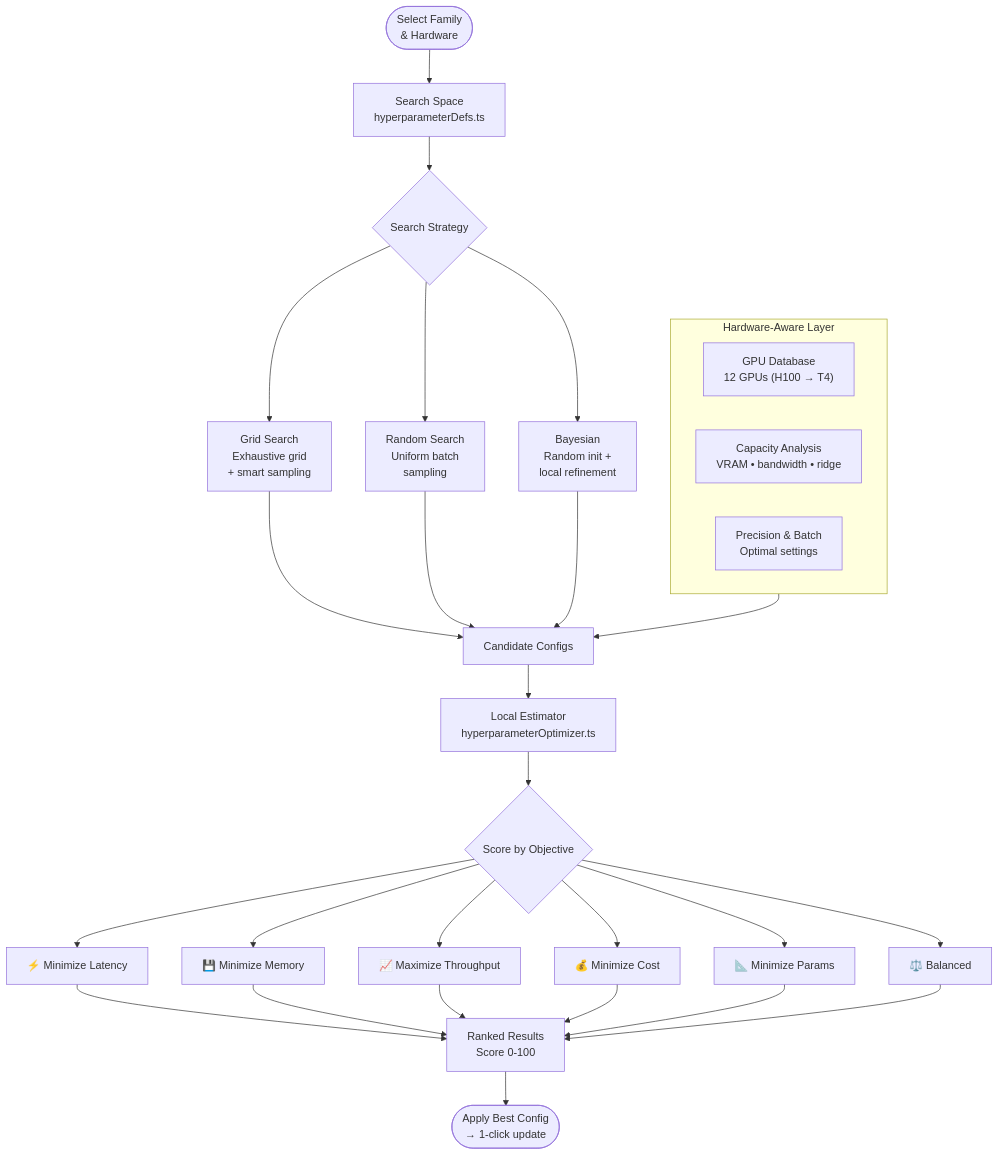
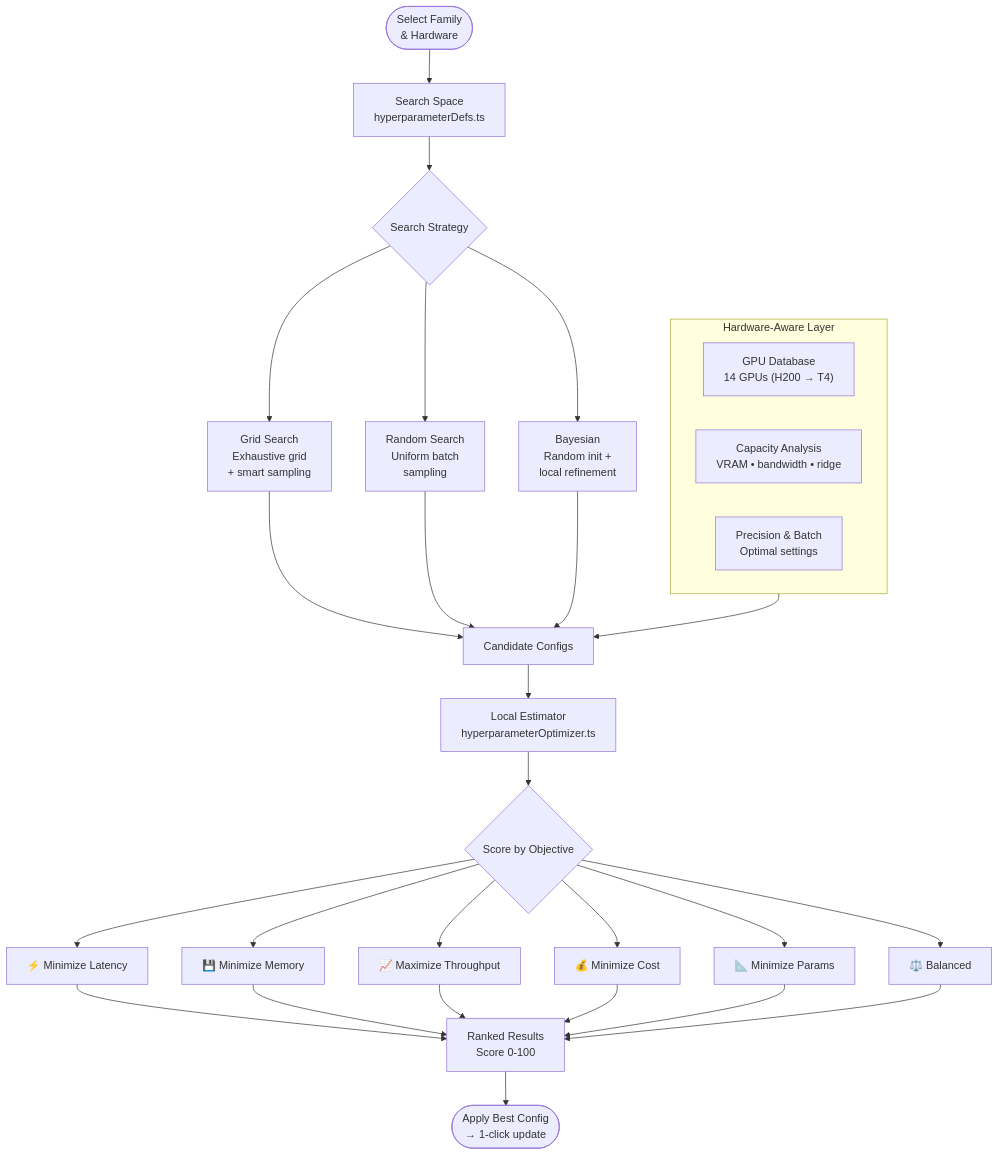
The third of 6 diagrams in README.md (NEURAX-canvas/NEURAX), drawn with Mermaid before and after one commit. The commit also changed other lines of this file, not shown here.

````diff
--- a/README.md
+++ b/README.md
@@ -184,38 +184,38 @@
 ```mermaid
 flowchart TB
     START(["Select Family\n& Hardware"]) --> DEFS["Search Space\nhyperparameterDefs.ts"]
     DEFS --> STRATEGY{"Search Strategy"}
     
     STRATEGY --> GRID["Grid Search\nExhaustive grid\n+ smart sampling"]
     STRATEGY --> RANDOM["Random Search\nUniform batch\nsampling"]
     STRATEGY --> BAYESIAN["Bayesian\nRandom init +\nlocal refinement"]
     
     subgraph HARDWARE["Hardware-Aware Layer"]
-        HWDB2["GPU Database\n12 GPUs (H100 → T4)"]
+        HWDB2["GPU Database\n14 GPUs (H200 → T4)"]
         ANALYZE2["Capacity Analysis\nVRAM • bandwidth • ridge"]
         RECOMMEND2["Precision & Batch\nOptimal settings"]
     end
     
     GRID --> CANDIDATES["Candidate Configs"]
     RANDOM --> CANDIDATES
     BAYESIAN --> CANDIDATES
     HARDWARE --> CANDIDATES
     
     CANDIDATES --> ESTIMATE["Local Estimator\nhyperparameterOptimizer.ts"]
     ESTIMATE --> SCORE{"Score by Objective"}
     SCORE --> LATENCY["⚡ Minimize Latency"]
     SCORE --> MEMORY2["💾 Minimize Memory"]
     SCORE --> THROUGHPUT["📈 Maximize Throughput"]
     SCORE --> COST2["💰 Minimize Cost"]
     SCORE --> PARAMS["📐 Minimize Params"]
     SCORE --> BALANCED["⚖️ Balanced"]
     
     LATENCY --> RANKED
     MEMORY2 --> RANKED
     THROUGHPUT --> RANKED
     COST2 --> RANKED
     PARAMS --> RANKED
     BALANCED --> RANKED
     
     RANKED["Ranked Results\nScore 0-100"] --> APPLY(["Apply Best Config\n→ 1-click update"])
 ```
````
